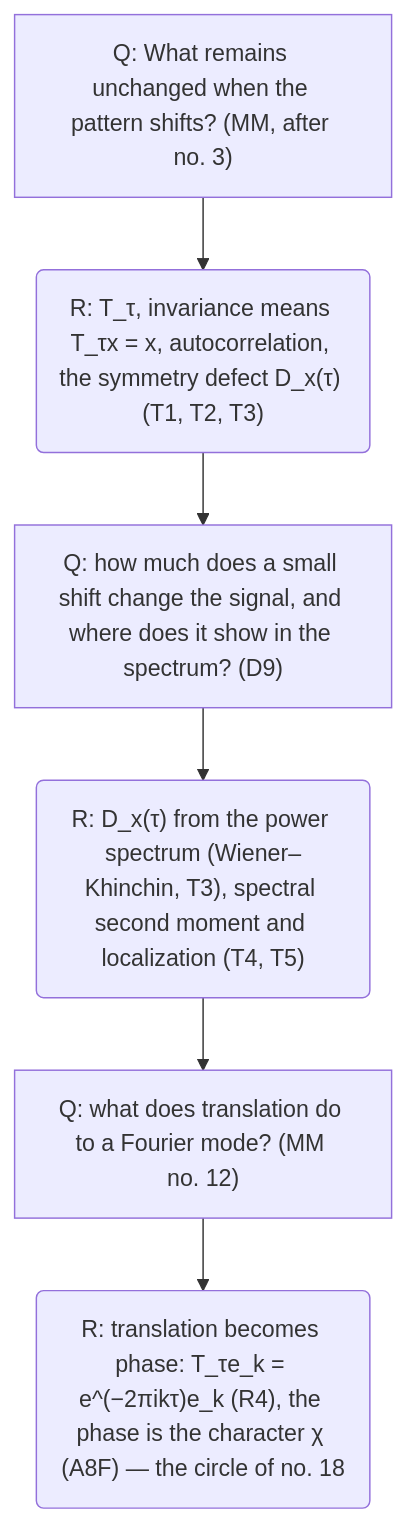
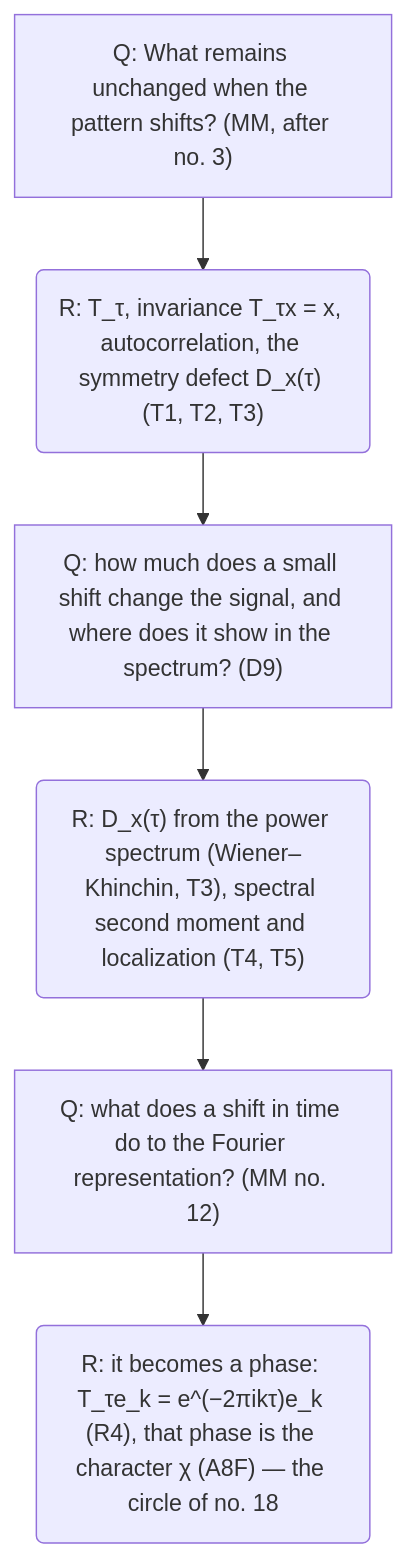
One commit to nadiapriyam/ENERGEO changed diagram 11 of 11 in research/canonical_story.md. Above: the diagram before and after it, drawn with Mermaid. The commit also changed other lines of this file and 18 other files, not shown here.

````diff
--- a/research/canonical_story.md
+++ b/research/canonical_story.md
@@ -322,14 +391,14 @@
 ```mermaid
 flowchart TD
   T0["Q: What remains unchanged when the pattern shifts? (MM, after no. 3)"]
-  T1("R: T_τ, invariance means T_τx = x, autocorrelation, the symmetry defect D_x(τ) (T1, T2, T3)")
+  T1("R: T_τ, invariance T_τx = x, autocorrelation, the symmetry defect D_x(τ) (T1, T2, T3)")
   T0 --> T1
   T2["Q: how much does a small shift change the signal, and where does it show in the spectrum? (D9)"]
   T1 --> T2
   T3("R: D_x(τ) from the power spectrum (Wiener–Khinchin, T3), spectral second moment and localization (T4, T5)")
   T2 --> T3
-  T4["Q: what does translation do to a Fourier mode? (MM no. 12)"]
+  T4["Q: what does a shift in time do to the Fourier representation? (MM no. 12)"]
   T3 --> T4
-  T5("R: translation becomes phase: T_τe_k = e^(−2πikτ)e_k (R4), the phase is the character χ (A8F) — the circle of no. 18")
+  T5("R: it becomes a phase: T_τe_k = e^(−2πikτ)e_k (R4), that phase is the character χ (A8F) — the circle of no. 18")
   T4 --> T5
 ```
````
